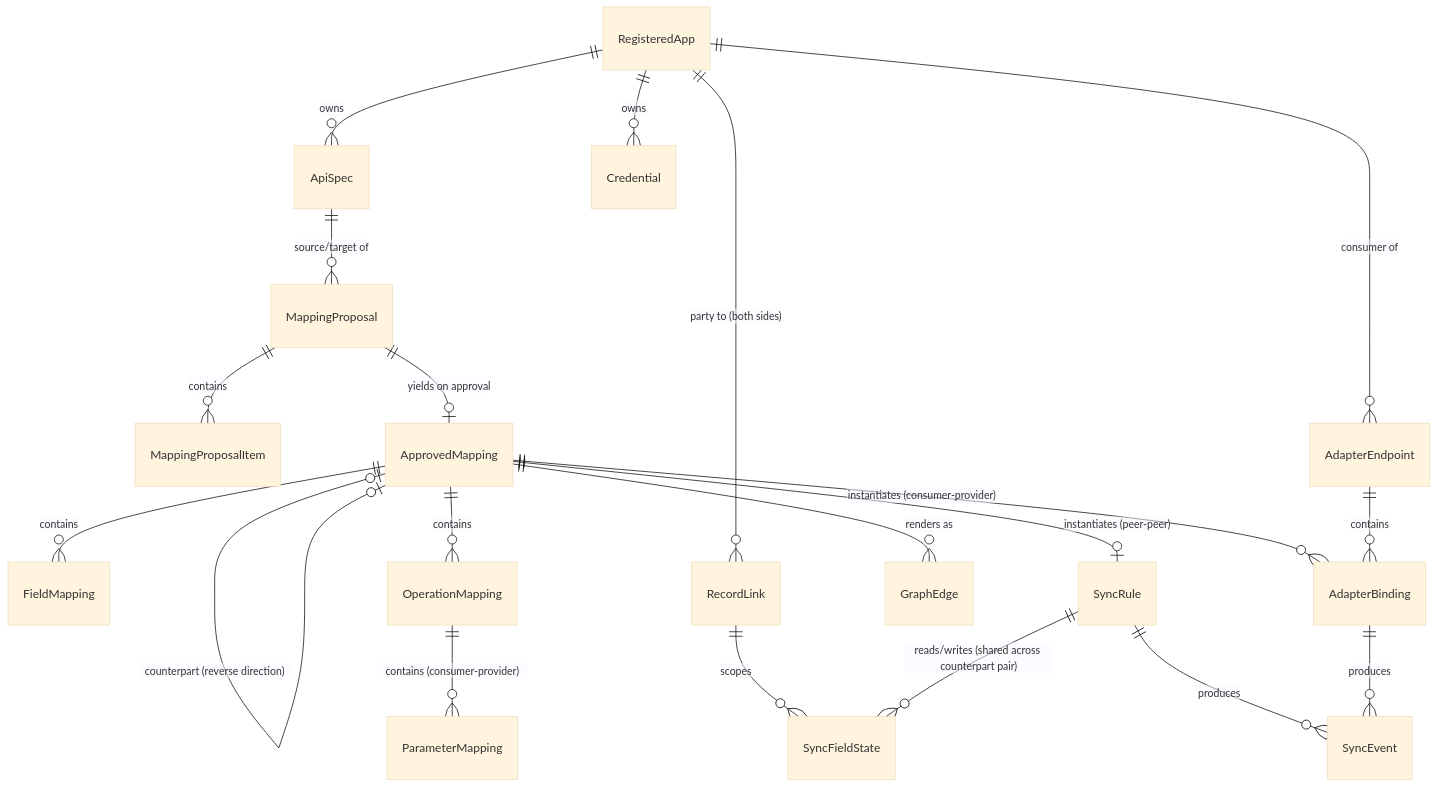
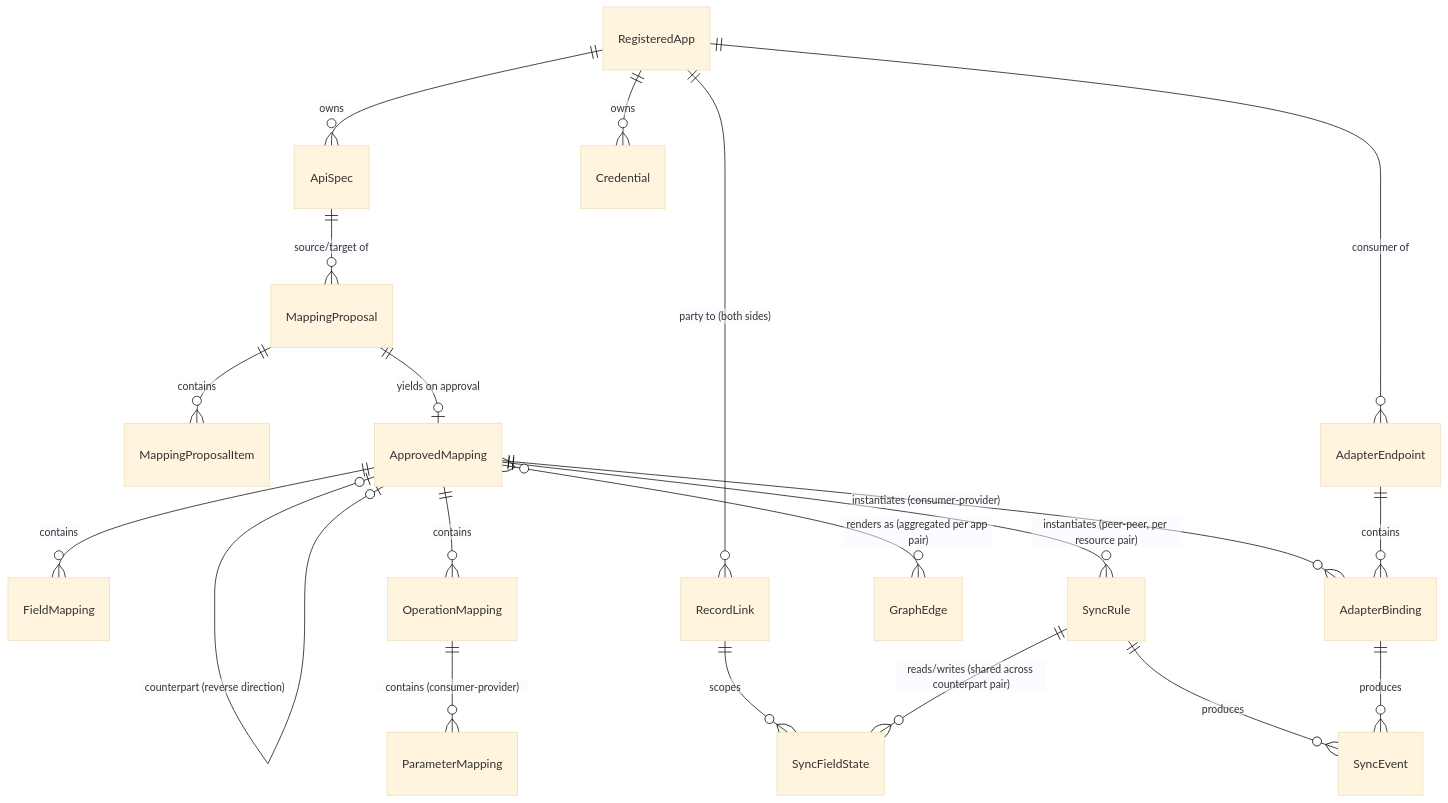
The diagram in docs/architecture/data-model.md (geprog/api-mediator), drawn with Mermaid (base theme) before and after one commit. The commit also changed other lines of this file and 14 other files, not shown here.

````diff
--- a/docs/architecture/data-model.md
+++ b/docs/architecture/data-model.md
@@ -164,22 +169,22 @@
 ```mermaid
 erDiagram
     RegisteredApp ||--o{ ApiSpec : owns
     RegisteredApp ||--o{ Credential : owns
     ApiSpec ||--o{ MappingProposal : "source/target of"
     MappingProposal ||--o{ MappingProposalItem : contains
     MappingProposal ||--o| ApprovedMapping : "yields on approval"
     ApprovedMapping |o--o| ApprovedMapping : "counterpart (reverse direction)"
     ApprovedMapping ||--o{ FieldMapping : contains
     ApprovedMapping ||--o{ OperationMapping : contains
     OperationMapping ||--o{ ParameterMapping : "contains (consumer-provider)"
-    ApprovedMapping ||--o| SyncRule : "instantiates (peer-peer)"
+    ApprovedMapping ||--o{ SyncRule : "instantiates (peer-peer, per resource pair)"
     ApprovedMapping ||--o{ AdapterBinding : "instantiates (consumer-provider)"
     RegisteredApp ||--o{ RecordLink : "party to (both sides)"
     RecordLink ||--o{ SyncFieldState : scopes
     SyncRule ||--o{ SyncFieldState : "reads/writes (shared across counterpart pair)"
     AdapterEndpoint ||--o{ AdapterBinding : contains
     RegisteredApp ||--o{ AdapterEndpoint : "consumer of"
-    ApprovedMapping ||--o{ GraphEdge : "renders as"
+    ApprovedMapping }o--o{ GraphEdge : "renders as (aggregated per app pair)"
     SyncRule ||--o{ SyncEvent : produces
     AdapterBinding ||--o{ SyncEvent : produces
 ```
````
